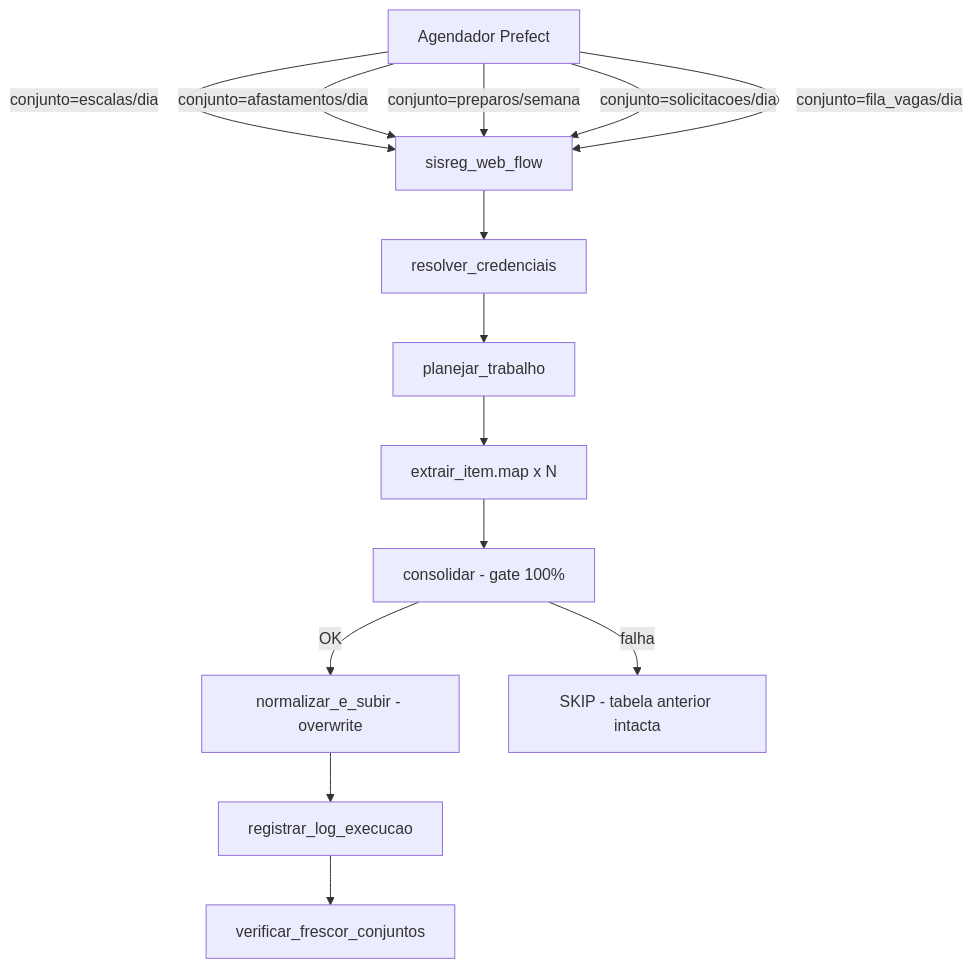
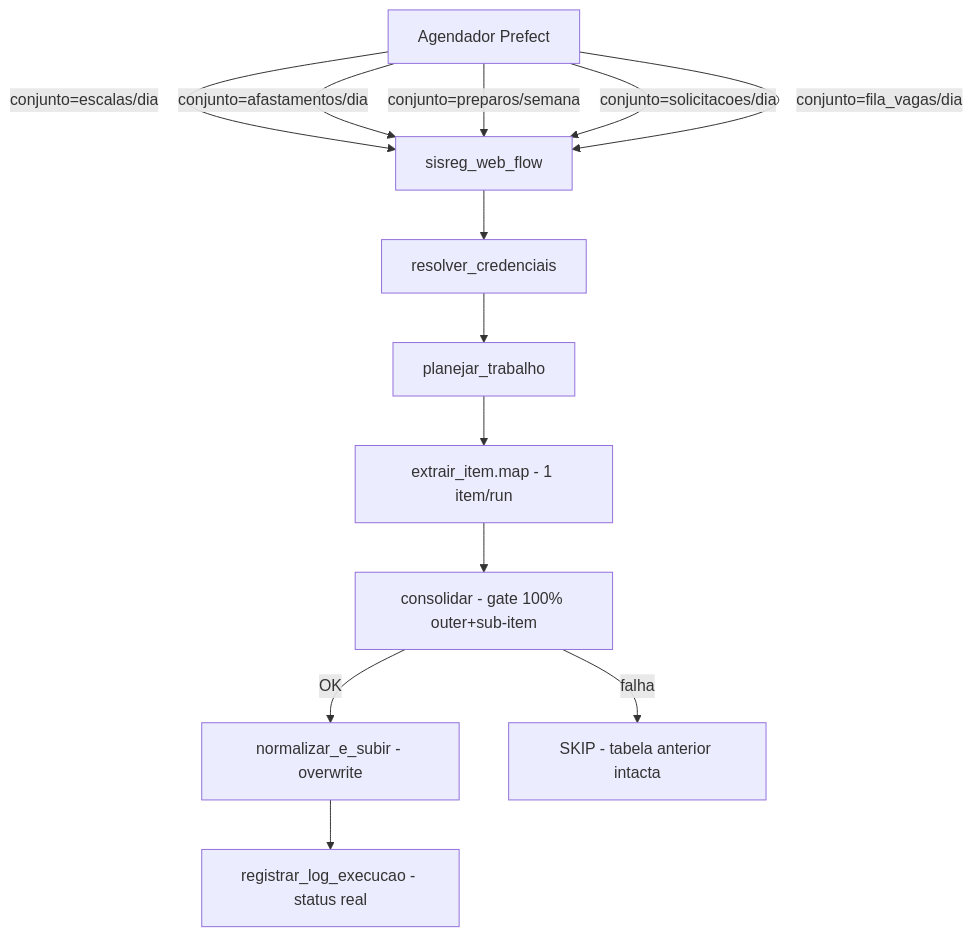
The first of 4 diagrams in pipelines/datalake/extract_load/sisreg/README.md (prefeitura-rio/pipelines_rj_sms), drawn with Mermaid before and after one commit. The commit also changed other lines of this file and 1 other file, not shown here.

First line of the commit message:
docs: update readme and phase-2 plan for hardened architecture

````diff
--- a/pipelines/datalake/extract_load/sisreg/README.md
+++ b/pipelines/datalake/extract_load/sisreg/README.md
@@ -17,17 +17,16 @@
 ```mermaid
 graph TD
     A[Agendador Prefect] -->|conjunto=escalas/dia| B[sisreg_web_flow]
     A -->|conjunto=afastamentos/dia| B
     A -->|conjunto=preparos/semana| B
     A -->|conjunto=solicitacoes/dia| B
     A -->|conjunto=fila_vagas/dia| B
 
     B --> C[resolver_credenciais]
     C --> D[planejar_trabalho]
-    D --> E[extrair_item.map x N]
-    E --> F[consolidar - gate 100%]
+    D --> E[extrair_item.map - 1 item/run]
+    E --> F[consolidar - gate 100% outer+sub-item]
     F -->|OK| G[normalizar_e_subir - overwrite]
     F -->|falha| H[SKIP - tabela anterior intacta]
-    G --> I[registrar_log_execucao]
-    I --> J[verificar_frescor_conjuntos]
+    G --> I[registrar_log_execucao - status real]
 ```
````
